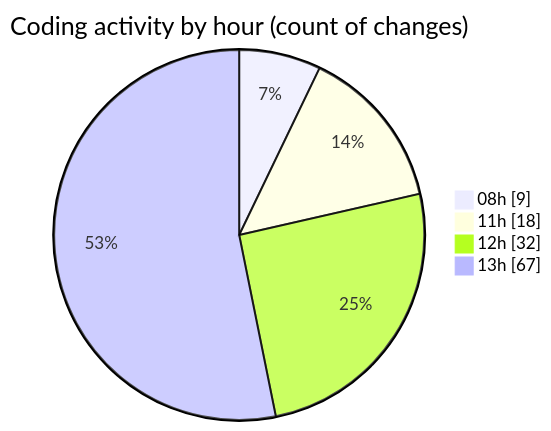
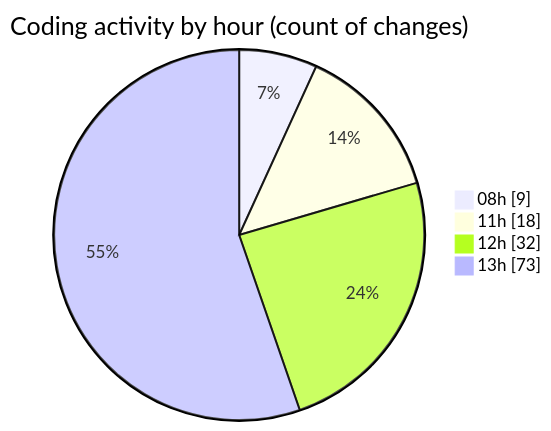
One commit to momahboobian/code-tracking changed the second of 2 diagrams in 2026-04-17/cda/README.md. Above: the diagram before and after it, drawn with Mermaid. The commit also changed other lines of this file and 1 other file, not shown here.

````diff
--- a/2026-04-17/cda/README.md
+++ b/2026-04-17/cda/README.md
@@ -61,8 +61,8 @@
 ```mermaid
 pie showData
 title Coding activity by hour (count of changes)
 "08h" : 9
 "11h" : 18
 "12h" : 32
-"13h" : 67
+"13h" : 73
 ```
````
